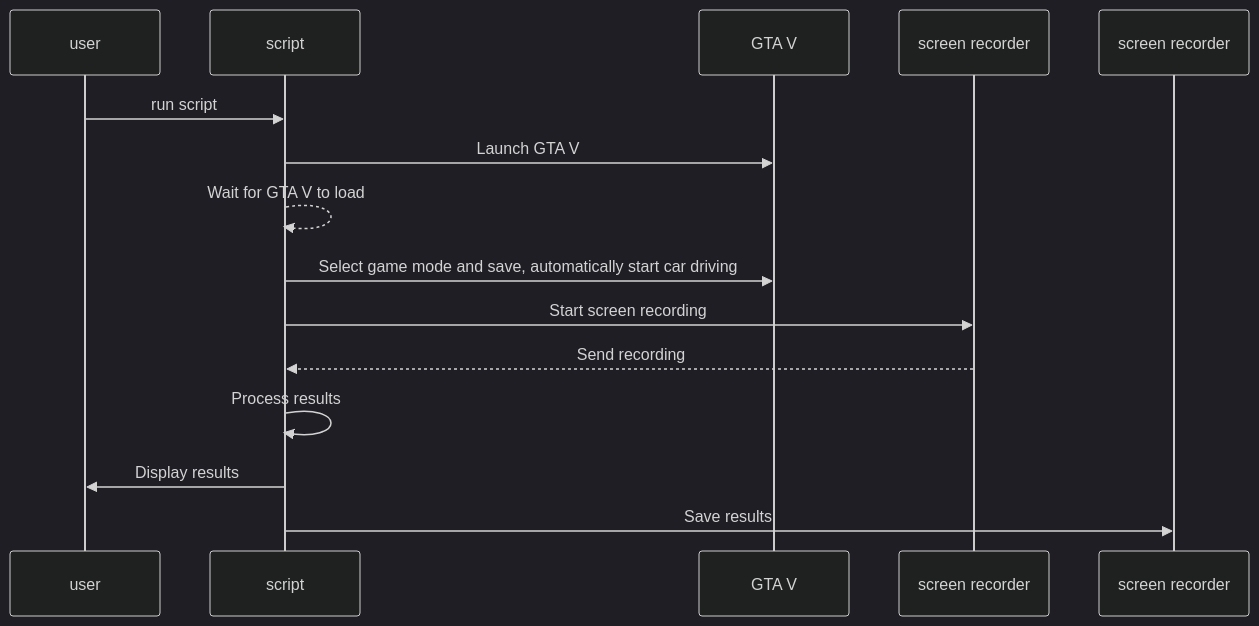
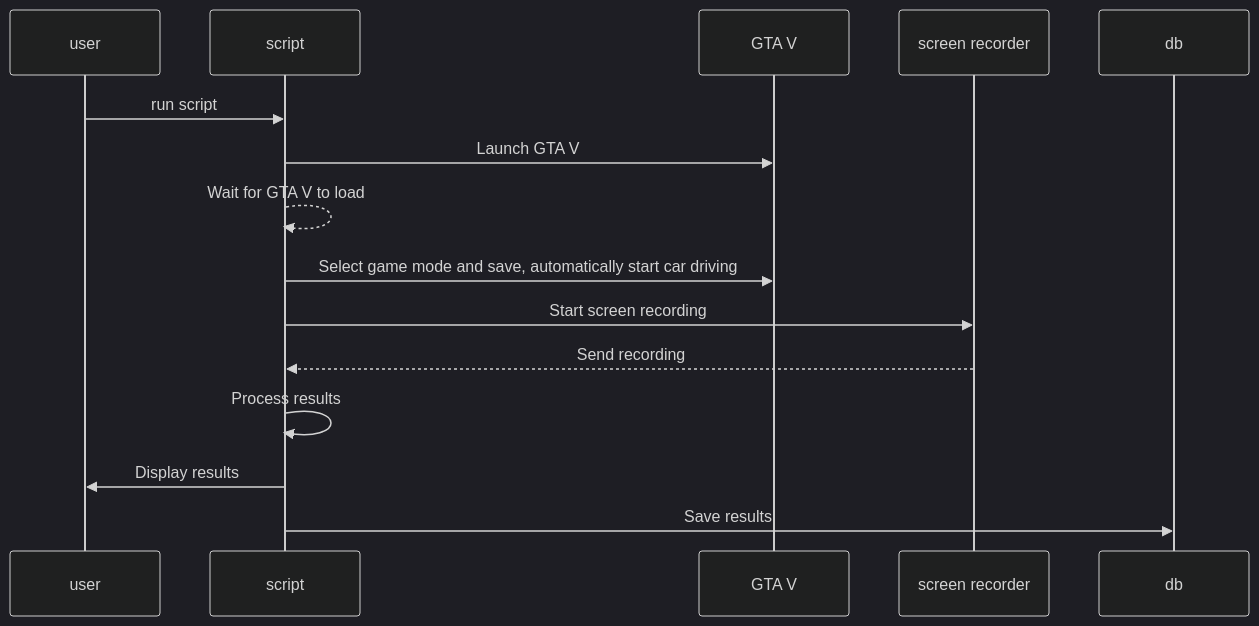
The diagram in README.md (Gochad/AutoGuard), drawn with Mermaid (dark theme) before and after one commit.

````diff
--- a/README.md
+++ b/README.md
@@ -28,18 +28,18 @@
 ```mermaid
 sequenceDiagram
     participant user as user
     participant script as script
     participant GTA as GTA V
     participant recorder as screen recorder
-    participant db as screen recorder
+    participant db as db
 
     user->>script: run script
     script->>GTA: Launch GTA V
     script-->>script: Wait for GTA V to load
     script->>GTA: Select game mode and save, automatically start car driving
     script->>recorder: Start screen recording
     recorder-->>script: Send recording
     script->>script: Process results
     script->>user: Display results
     script->>db: Save results
 ```
````
